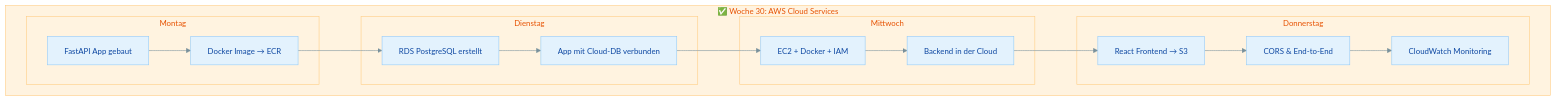
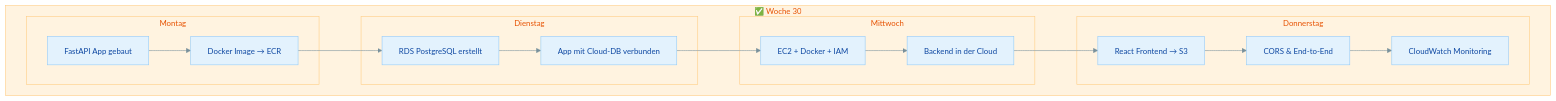
One commit to JacobMenge/kurs-25-06 changed the fourth of 5 diagrams in docs/modul-3/woche-9/uebung-30.4-frontend-architektur.md. Above: the diagram before and after it, drawn with Mermaid. The commit also changed other lines of this file and 5 other files, not shown here.

````diff
--- a/docs/modul-3/woche-9/uebung-30.4-frontend-architektur.md
+++ b/docs/modul-3/woche-9/uebung-30.4-frontend-architektur.md
@@ -1077,24 +1111,24 @@
 ```mermaid
 %%{init: {'theme': 'base', 'themeVariables': {'primaryColor': '#e3f2fd', 'primaryTextColor': '#0d47a1', 'primaryBorderColor': '#90caf9', 'secondaryColor': '#e8f5e9', 'secondaryTextColor': '#1b5e20', 'secondaryBorderColor': '#a5d6a7', 'tertiaryColor': '#fff3e0', 'tertiaryTextColor': '#e65100', 'tertiaryBorderColor': '#ffcc80', 'lineColor': '#78909c', 'fontSize': '14px'}}}%%
 graph TD
-    subgraph woche ["✅ Woche 30: AWS Cloud Services"]
+    subgraph woche ["✅ Woche 30"]
         subgraph mo ["Montag"]
             A["FastAPI App gebaut"]
             B["Docker Image → ECR"]
         end
         subgraph di ["Dienstag"]
             C["RDS PostgreSQL erstellt"]
             D["App mit Cloud-DB verbunden"]
         end
         subgraph mi ["Mittwoch"]
             E["EC2 + Docker + IAM"]
             F["Backend in der Cloud"]
         end
         subgraph do ["Donnerstag"]
             G["React Frontend → S3"]
             H["CORS & End-to-End"]
             I["CloudWatch Monitoring"]
         end
         A --> B --> C --> D --> E --> F --> G --> H --> I
     end
 ```
````
